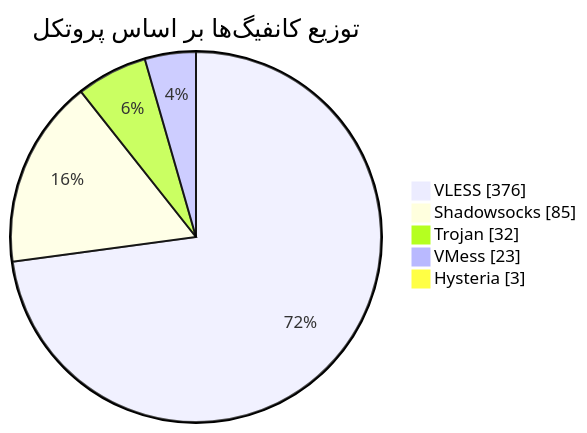
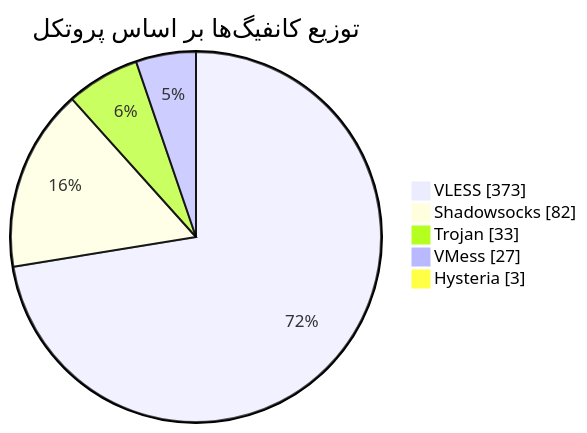
One commit to Arian-Alijani/Somthing changed the diagram in README.md. Above: the diagram before and after it, drawn with Mermaid. The commit also changed other lines of this file and 81 other files, not shown here.

````diff
--- a/README.md
+++ b/README.md
@@ -47,9 +47,9 @@
 ```mermaid
 pie showData
     title توزیع کانفیگ‌ها بر اساس پروتکل
-    "VLESS" : 376
-    "Shadowsocks" : 85
-    "Trojan" : 32
-    "VMess" : 23
+    "VLESS" : 373
+    "Shadowsocks" : 82
+    "Trojan" : 33
+    "VMess" : 27
     "Hysteria" : 3
 ```
````
